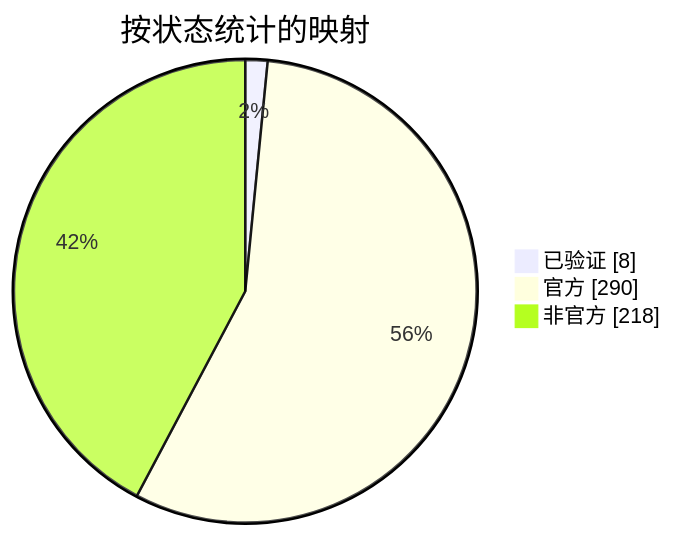
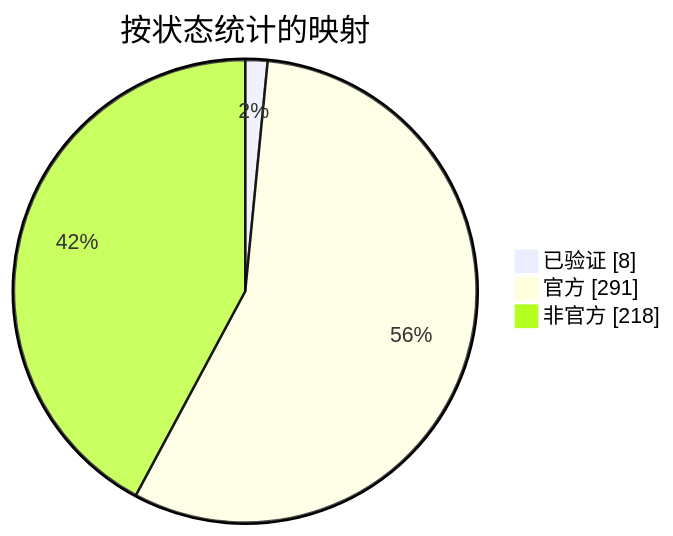
Before and after one commit to nobrega8/mbmap-library: the diagram in docs/readme/README_ZHS.md, drawn with Mermaid. The commit also changed 5 other files, not shown here.

````diff
--- a/docs/readme/README_ZHS.md
+++ b/docs/readme/README_ZHS.md
@@ -54,7 +54,7 @@
 ```mermaid
 pie showData
     title 按状态统计的映射
     "已验证" : 8
-    "官方" : 290
+    "官方" : 291
     "非官方" : 218
 ```
````
